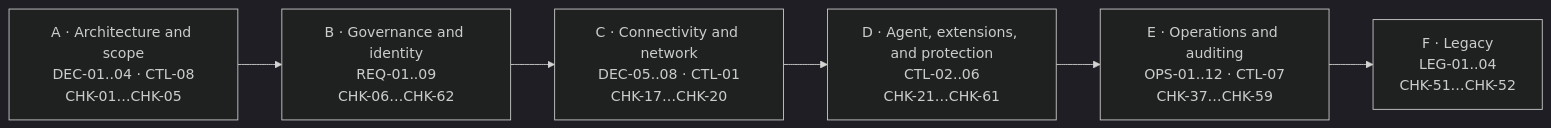
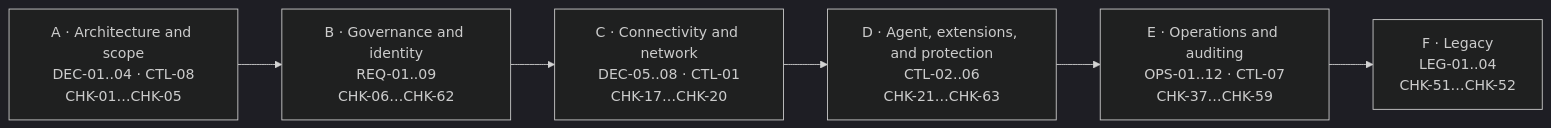
One commit to fabiotreze/arc-posture-review changed diagram 14 of 18 in docs/guide.en-US.md. Above: the diagram before and after it, drawn with Mermaid (dark theme). The commit also changed other lines of this file and 9 other files, not shown here.

````diff
--- a/docs/guide.en-US.md
+++ b/docs/guide.en-US.md
@@ -1244,9 +1246,9 @@
 ```mermaid
 %% svg:phases
 flowchart LR
   A["A · Architecture and scope<br/>DEC-01..04 · CTL-08<br/>CHK-01…CHK-05"] --> B["B · Governance and identity<br/>REQ-01..09<br/>CHK-06…CHK-62"]
   B --> C["C · Connectivity and network<br/>DEC-05..08 · CTL-01<br/>CHK-17…CHK-20"]
-  C --> D["D · Agent, extensions, and protection<br/>CTL-02..06<br/>CHK-21…CHK-61"]
+  C --> D["D · Agent, extensions, and protection<br/>CTL-02..06<br/>CHK-21…CHK-63"]
   D --> E["E · Operations and auditing<br/>OPS-01..12 · CTL-07<br/>CHK-37…CHK-59"]
   E --> F["F · Legacy<br/>LEG-01..04<br/>CHK-51…CHK-52"]
 ```
````
